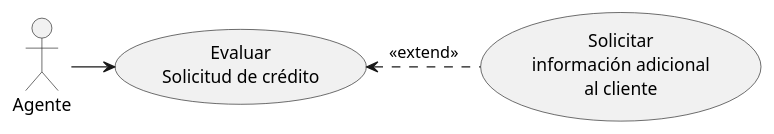
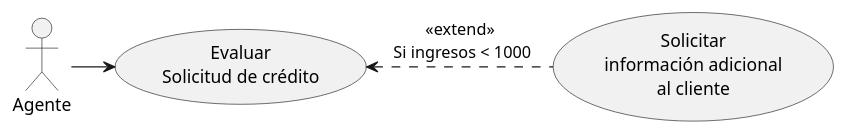
Before and after one commit to CorazaNegra/CasosDeUsos2: the diagram in CasosDeUsos2.puml, drawn with PlantUML.

Commit message:
ejemplo extension con condición

```diff
--- a/CasosDeUsos2.puml
+++ b/CasosDeUsos2.puml
@@ -1,11 +1,11 @@
 @startuml
 
 actor "Agente" as a
 
 usecase "Evaluar\nSolicitud de crédito" as UC1
 usecase "Solicitar\ninformación adicional\nal cliente" as UC2
 
 a -right-> UC1
-UC1 <.right. UC2 : <<extend>>
+UC1 <.right. UC2 : <<extend>>\n Si ingresos < 1000
 
 @enduml
```
